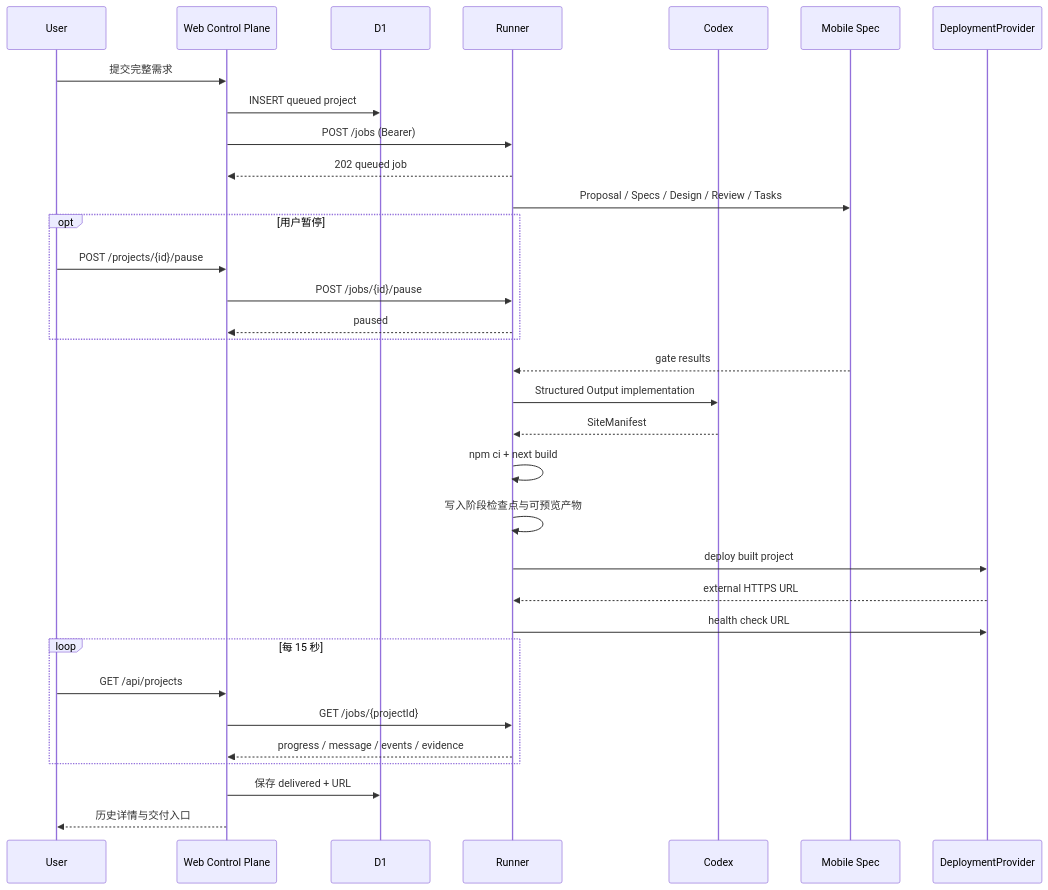
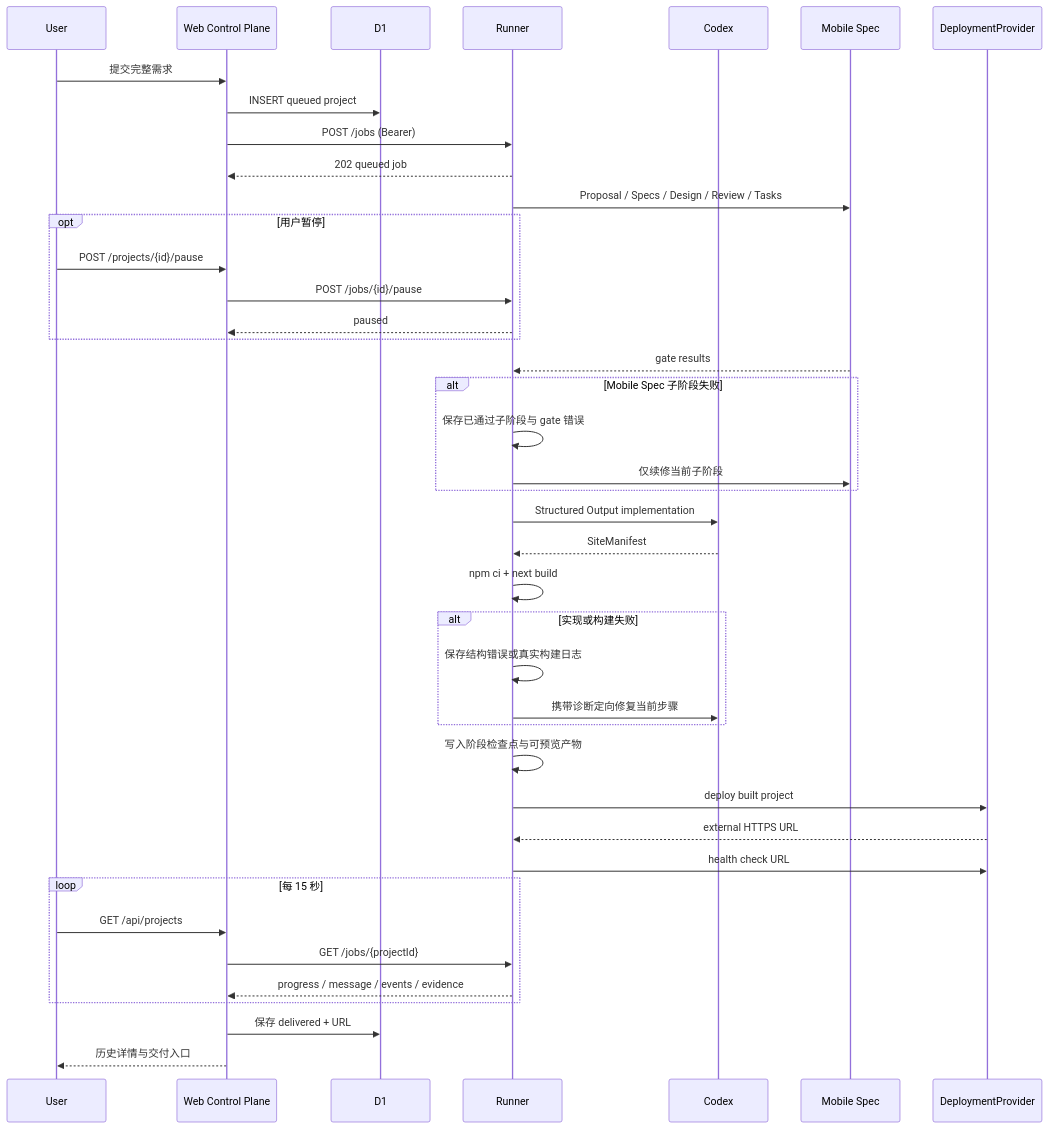
The second of 2 diagrams in docs/总体技术方案.md (JonasQiu/mobile-app-build), drawn with Mermaid before and after one commit. The commit also changed other lines of this file and 25 other files, not shown here.

````diff
--- a/docs/总体技术方案.md
+++ b/docs/总体技术方案.md
@@ -28,36 +28,44 @@
 ```mermaid
 sequenceDiagram
   participant U as User
   participant W as Web Control Plane
   participant D as D1
   participant R as Runner
   participant C as Codex
   participant M as Mobile Spec
   participant P as DeploymentProvider
 
   U->>W: 提交完整需求
   W->>D: INSERT queued project
   W->>R: POST /jobs (Bearer)
   R-->>W: 202 queued job
   R->>M: Proposal / Specs / Design / Review / Tasks
   opt 用户暂停
     U->>W: POST /projects/{id}/pause
     W->>R: POST /jobs/{id}/pause
     R-->>W: paused
   end
   M-->>R: gate results
+  alt Mobile Spec 子阶段失败
+    R->>R: 保存已通过子阶段与 gate 错误
+    R->>M: 仅续修当前子阶段
+  end
   R->>C: Structured Output implementation
   C-->>R: SiteManifest
   R->>R: npm ci + next build
+  alt 实现或构建失败
+    R->>R: 保存结构错误或真实构建日志
+    R->>C: 携带诊断定向修复当前步骤
+  end
   R->>R: 写入阶段检查点与可预览产物
   R->>P: deploy built project
   P-->>R: external HTTPS URL
   R->>P: health check URL
   loop 每 15 秒
     U->>W: GET /api/projects
     W->>R: GET /jobs/{projectId}
     R-->>W: progress / message / events / evidence
   end
   W->>D: 保存 delivered + URL
   W-->>U: 历史详情与交付入口
 ```
````
